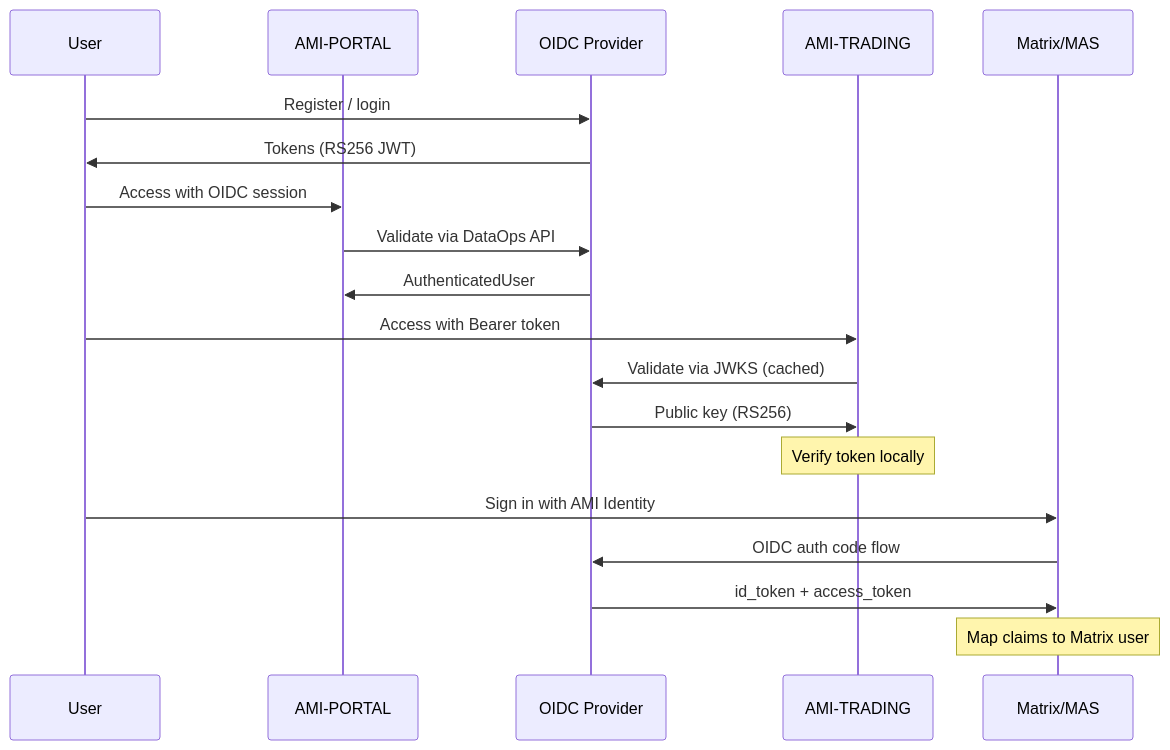
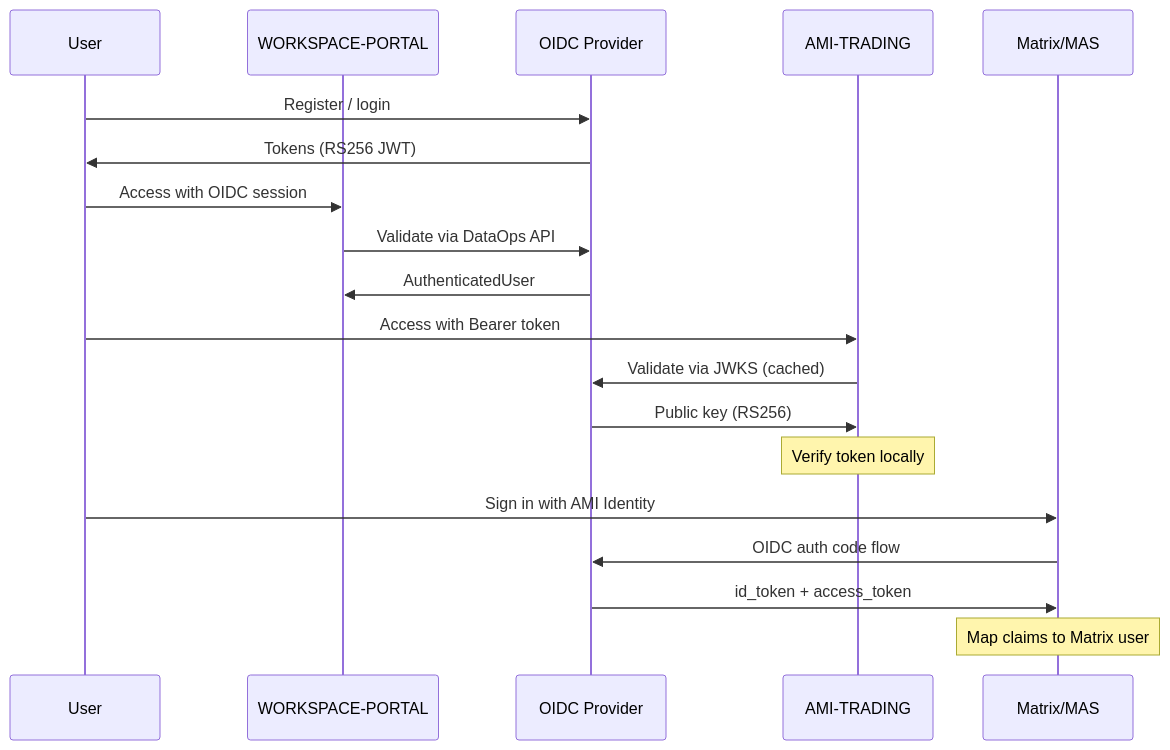
The second of 2 diagrams in docs/archive/v2/archive/SPEC-AUTH-CONSUMER-MIGRATION.md (Independent-AI-Labs/WORKSPACE-VM), drawn with Mermaid before and after one commit. The commit also changed other lines of this file and 27 other files, not shown here.

First line of the commit message:
refactor: rename AMI-PORTAL/AMI-STREAMS to WORKSPACE-PORTAL/WORKSPACE-STREAMS

````diff
--- a/docs/archive/v2/archive/SPEC-AUTH-CONSUMER-MIGRATION.md
+++ b/docs/archive/v2/archive/SPEC-AUTH-CONSUMER-MIGRATION.md
@@ -456,25 +456,25 @@
 ```mermaid
 sequenceDiagram
     participant User
-    participant Portal as AMI-PORTAL
+    participant Portal as WORKSPACE-PORTAL
     participant Auth as OIDC Provider
     participant Trading as AMI-TRADING
     participant Matrix as Matrix/MAS
 
     User->>Auth: Register / login
     Auth->>User: Tokens (RS256 JWT)
 
     User->>Portal: Access with OIDC session
     Portal->>Auth: Validate via DataOps API
     Auth->>Portal: AuthenticatedUser
 
     User->>Trading: Access with Bearer token
     Trading->>Auth: Validate via JWKS (cached)
     Auth->>Trading: Public key (RS256)
     Note over Trading: Verify token locally
 
     User->>Matrix: Sign in with AMI Identity
     Matrix->>Auth: OIDC auth code flow
     Auth->>Matrix: id_token + access_token
     Note over Matrix: Map claims to Matrix user
 ```
````
